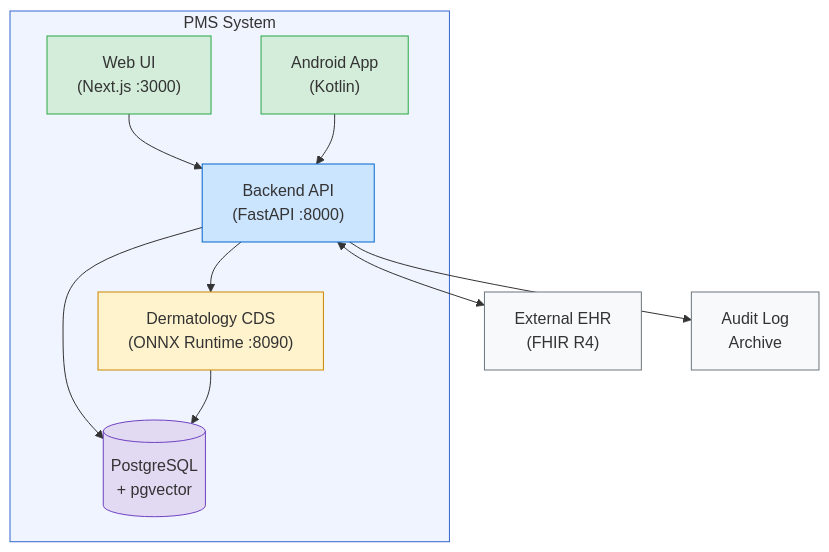
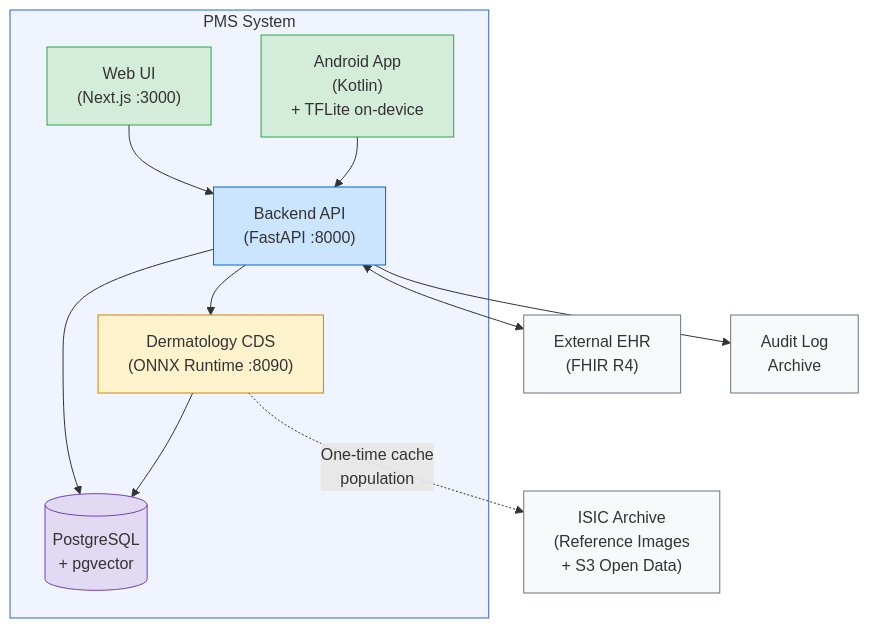
One commit to utexas-demo/demo changed the diagram in docs/PMS_Project_Overview.md. Above: the diagram before and after it, drawn with Mermaid. The commit also changed other lines of this file and 2 other files, not shown here.

First line of the commit message:
Update SYS-REQ-0012 status to Architecture Defined after 14 ADRs

````diff
--- a/docs/PMS_Project_Overview.md
+++ b/docs/PMS_Project_Overview.md
@@ -27,31 +28,34 @@
 ```mermaid
 flowchart TB
     subgraph PMS["PMS System"]
         WebUI["Web UI<br/>(Next.js :3000)"]
-        Android["Android App<br/>(Kotlin)"]
+        Android["Android App<br/>(Kotlin)<br/>+ TFLite on-device"]
         Backend["Backend API<br/>(FastAPI :8000)"]
         DermCDS["Dermatology CDS<br/>(ONNX Runtime :8090)"]
         DB[("PostgreSQL<br/>+ pgvector")]
 
         WebUI --> Backend
         Android --> Backend
         Backend --> DB
         Backend --> DermCDS
         DermCDS --> DB
     end
 
     EHR["External EHR<br/>(FHIR R4)"]
     Audit["Audit Log<br/>Archive"]
+    ISIC["ISIC Archive<br/>(Reference Images<br/>+ S3 Open Data)"]
 
     Backend <--> EHR
     Backend --> Audit
+    DermCDS -.->|"One-time cache<br/>population"| ISIC
 
     style PMS fill:#f0f4ff,stroke:#3366cc
     style WebUI fill:#d4edda,stroke:#28a745
     style Android fill:#d4edda,stroke:#28a745
     style Backend fill:#cce5ff,stroke:#0066cc
     style DermCDS fill:#fff3cd,stroke:#cc8800
     style DB fill:#e2d9f3,stroke:#6f42c1
     style EHR fill:#f8f9fa,stroke:#6c757d
     style Audit fill:#f8f9fa,stroke:#6c757d
+    style ISIC fill:#f8f9fa,stroke:#6c757d
 ```
````
